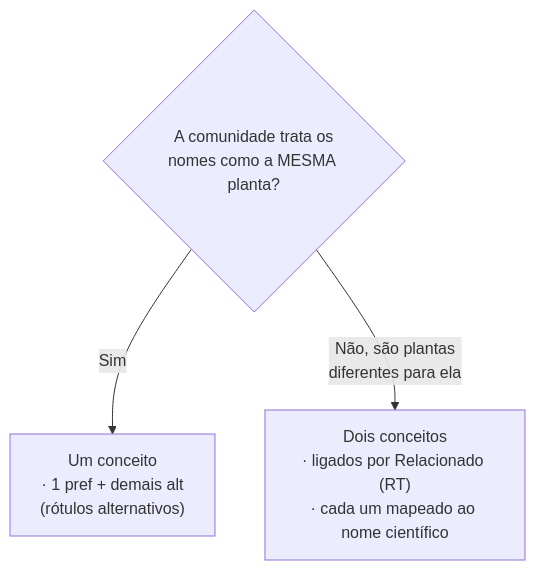
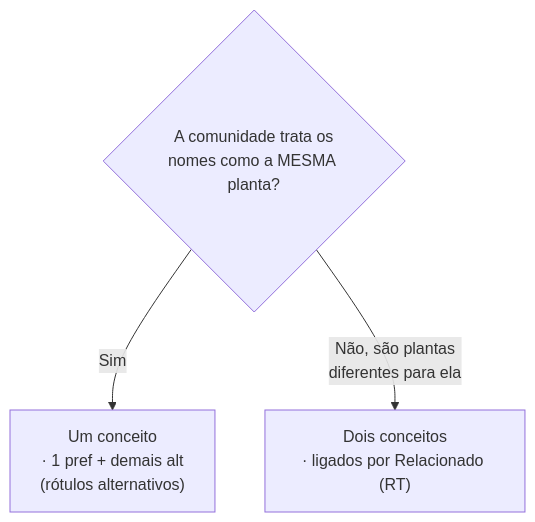
The second of 3 diagrams in manual/07-guia-de-decisao.md (edalcin/BioCultTermos), drawn with Mermaid before and after one commit. The commit also changed other lines of this file and 9 other files, not shown here.

````diff
--- a/manual/07-guia-de-decisao.md
+++ b/manual/07-guia-de-decisao.md
@@ -83,6 +84,6 @@
 ```mermaid
 graph TD
     Q{"A comunidade trata os<br/>nomes como a MESMA planta?"}
     Q -->|Sim| A["Um conceito<br/>· 1 pref + demais alt<br/>(rótulos alternativos)"]
-    Q -->|"Não, são plantas<br/>diferentes para ela"| R["Dois conceitos<br/>· ligados por Relacionado (RT)<br/>· cada um mapeado ao nome científico"]
+    Q -->|"Não, são plantas<br/>diferentes para ela"| R["Dois conceitos<br/>· ligados por Relacionado (RT)"]
 ```
````
